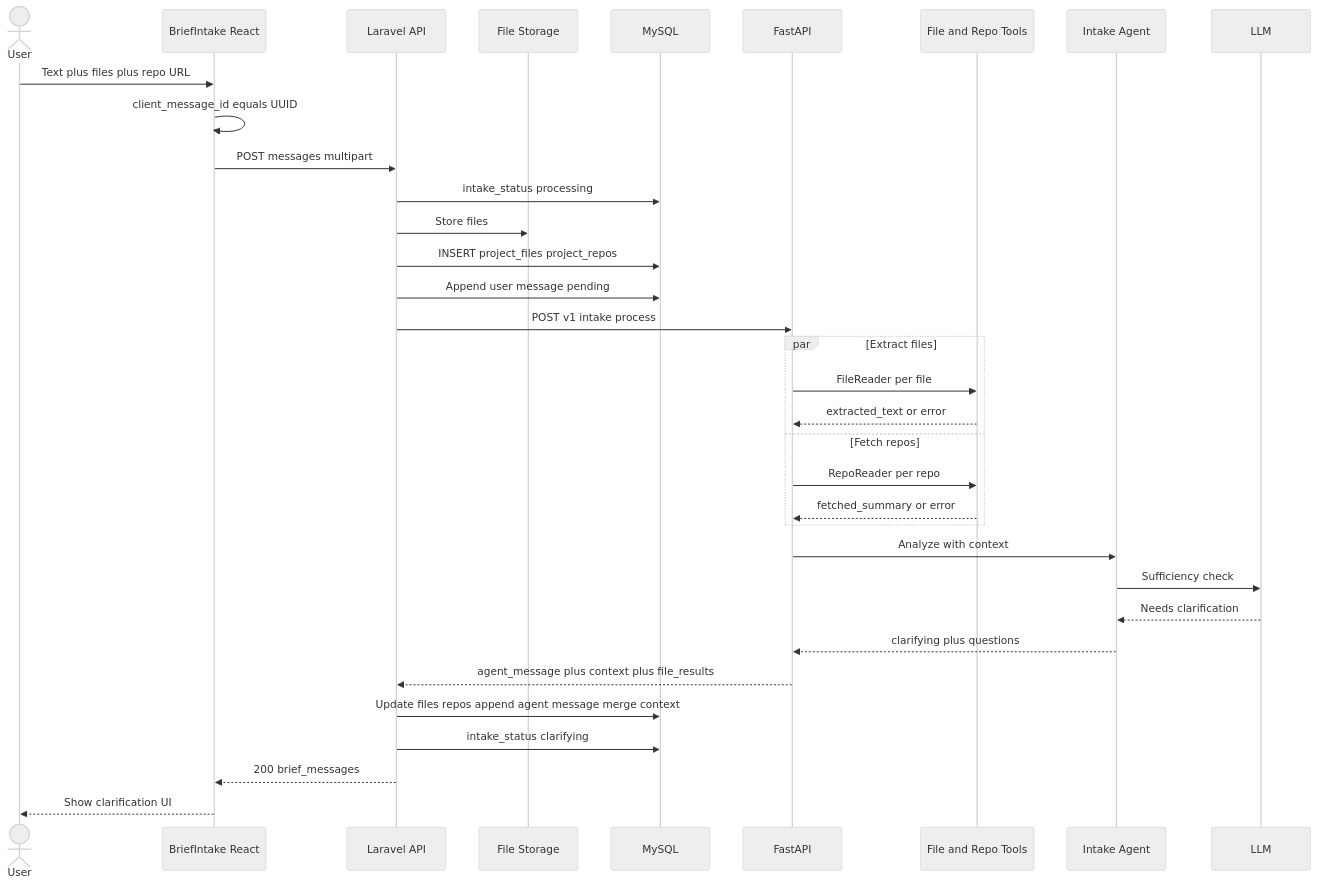
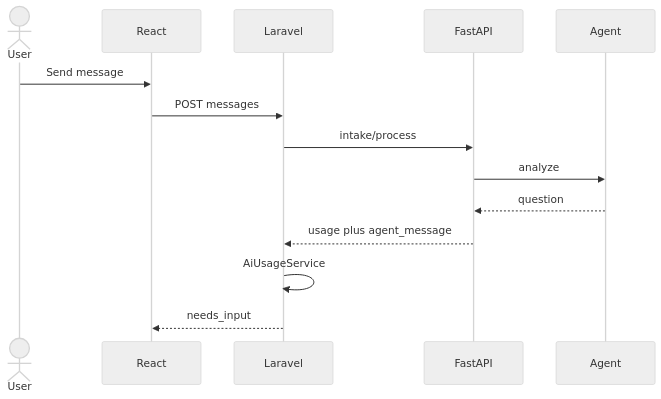
The third of 5 diagrams in docs/v0.2/v0.2.1/use-cases/uc-001-flexible-brief-intake.md (MohamedThabt/sirius), drawn with Mermaid (neutral theme) before and after one commit. The commit also changed other lines of this file and 1 other file, not shown here.

First line of the commit message:
feat: add DB migration plan for Project Intake context

````diff
--- a/docs/v0.2/v0.2.1/use-cases/uc-001-flexible-brief-intake.md
+++ b/docs/v0.2/v0.2.1/use-cases/uc-001-flexible-brief-intake.md
@@ -649,39 +746,17 @@
 ```mermaid
 sequenceDiagram
     actor User
-    participant React as BriefIntake React
-    participant Laravel as Laravel API
-    participant Storage as File Storage
-    participant DB as MySQL
-    participant FastAPI as FastAPI
-    participant Tools as File and Repo Tools
-    participant Agent as Intake Agent
-    participant LLM as LLM
+    participant React
+    participant Laravel
+    participant FastAPI
+    participant Agent
 
-    User->>React: Text plus files plus repo URL
-    React->>React: client_message_id equals UUID
-    React->>Laravel: POST messages multipart
-    Laravel->>DB: intake_status processing
-    Laravel->>Storage: Store files
-    Laravel->>DB: INSERT project_files project_repos
-    Laravel->>DB: Append user message pending
-    Laravel->>FastAPI: POST v1 intake process
-
-    par Extract files
-        FastAPI->>Tools: FileReader per file
-        Tools-->>FastAPI: extracted_text or error
-    and Fetch repos
-        FastAPI->>Tools: RepoReader per repo
-        Tools-->>FastAPI: fetched_summary or error
-    end
-
-    FastAPI->>Agent: Analyze with context
-    Agent->>LLM: Sufficiency check
-    LLM-->>Agent: Needs clarification
-    Agent-->>FastAPI: clarifying plus questions
-    FastAPI-->>Laravel: agent_message plus context plus file_results
-    Laravel->>DB: Update files repos append agent message merge context
-    Laravel->>DB: intake_status clarifying
-    Laravel-->>React: 200 brief_messages
-    React-->>User: Show clarification UI
+    User->>React: Send message
+    React->>Laravel: POST messages
+    Laravel->>FastAPI: intake/process
+    FastAPI->>Agent: analyze
+    Agent-->>FastAPI: question
+    FastAPI-->>Laravel: usage plus agent_message
+    Laravel->>Laravel: AiUsageService
+    Laravel-->>React: needs_input
 ```
````
